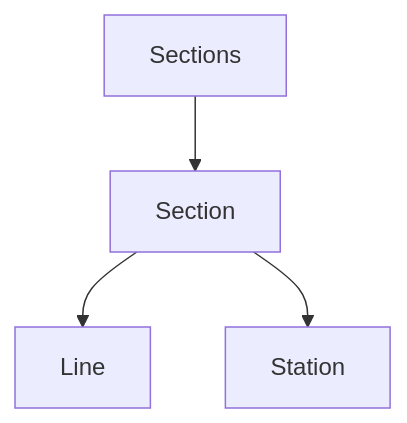
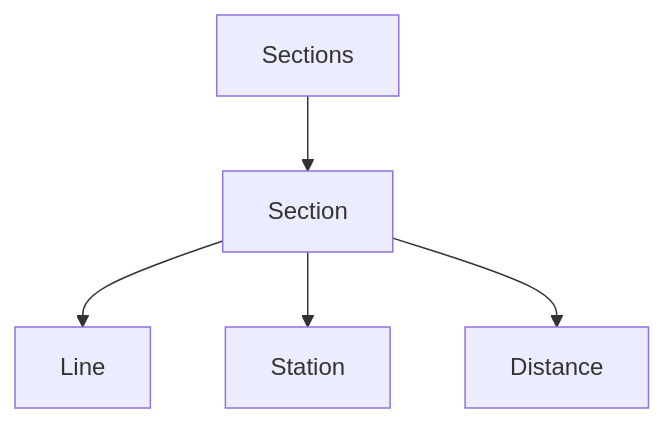
One commit to woowacourse/jwp-subway-path changed the diagram in README.md. Above: the diagram before and after it, drawn with Mermaid.

Commit message:
docs(README): 도메인 객체 설계 Distance 추가

````diff
--- a/README.md
+++ b/README.md
@@ -23,6 +23,7 @@
 ```mermaid
 graph TD
 Sections --> Section
 Section -->  Line
 Section --> Station
+Section --> Distance
 ```
````
